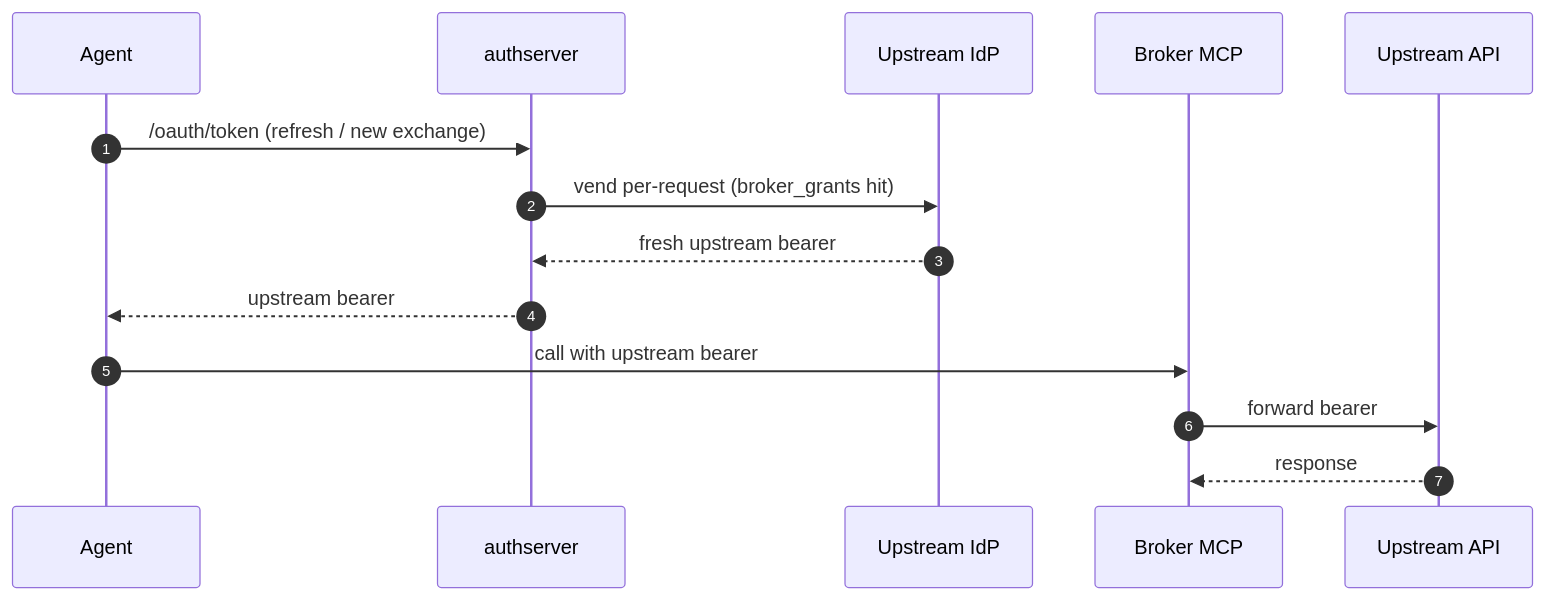
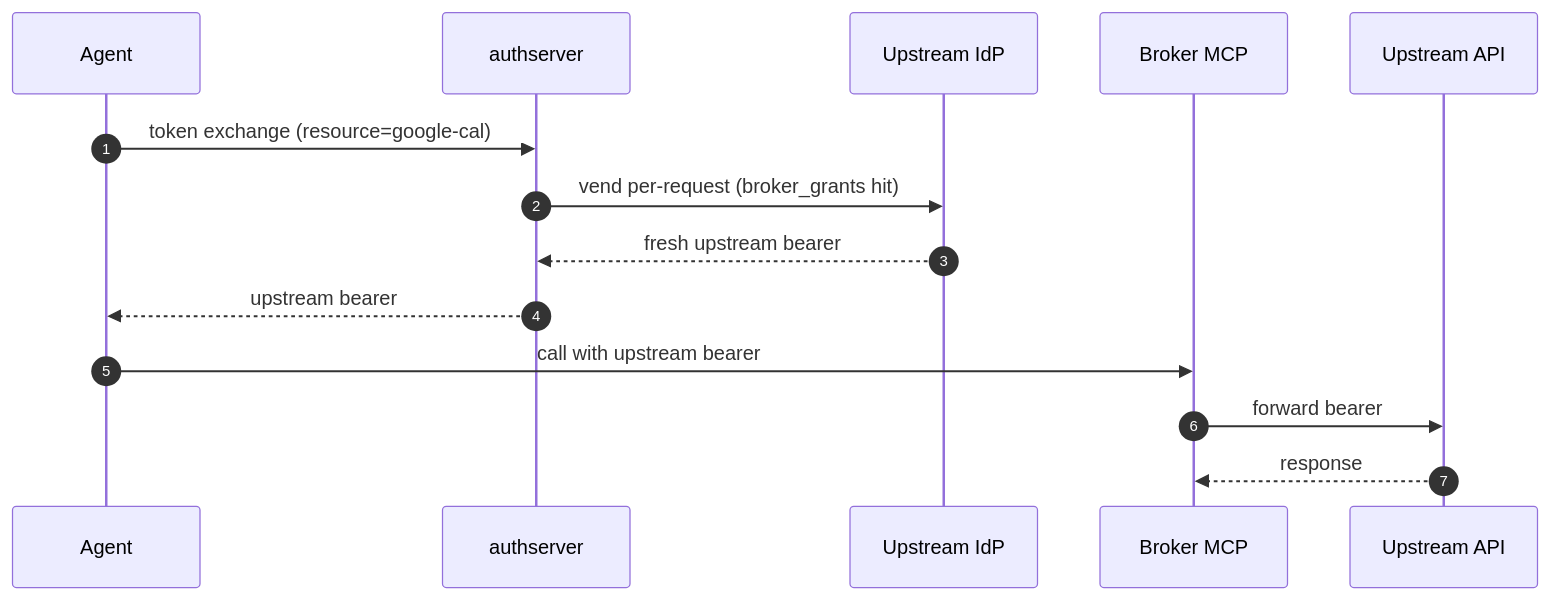
The third of 3 diagrams in docs/topologies/broker-mcp.md (AuthPlane/authserver), drawn with Mermaid before and after one commit. The commit also changed other lines of this file and 215 other files, not shown here.

````diff
--- a/docs/topologies/broker-mcp.md
+++ b/docs/topologies/broker-mcp.md
@@ -99,17 +112,17 @@
 ```mermaid
 sequenceDiagram
     autonumber
     participant Ag as Agent
     participant AS as authserver
     participant IdP as Upstream IdP
     participant BMCP as Broker MCP
     participant API as Upstream API
 
-    Ag->>AS: /oauth/token (refresh / new exchange)
+    Ag->>AS: token exchange (resource=google-cal)
     AS->>IdP: vend per-request (broker_grants hit)
     IdP-->>AS: fresh upstream bearer
     AS-->>Ag: upstream bearer
     Ag->>BMCP: call with upstream bearer
     BMCP->>API: forward bearer
     API-->>BMCP: response
 ```
````
